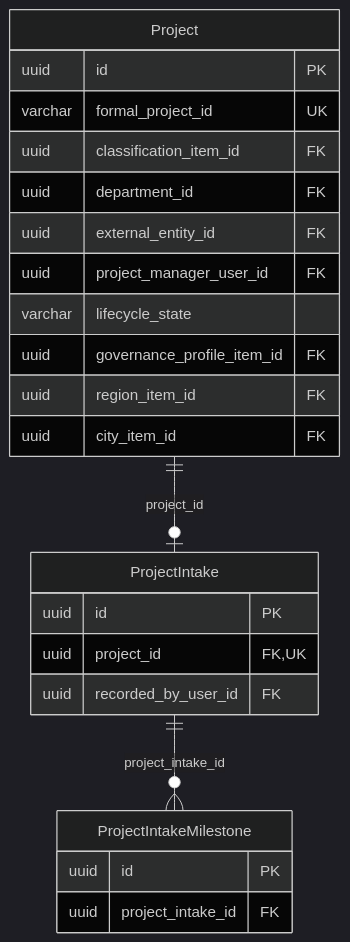
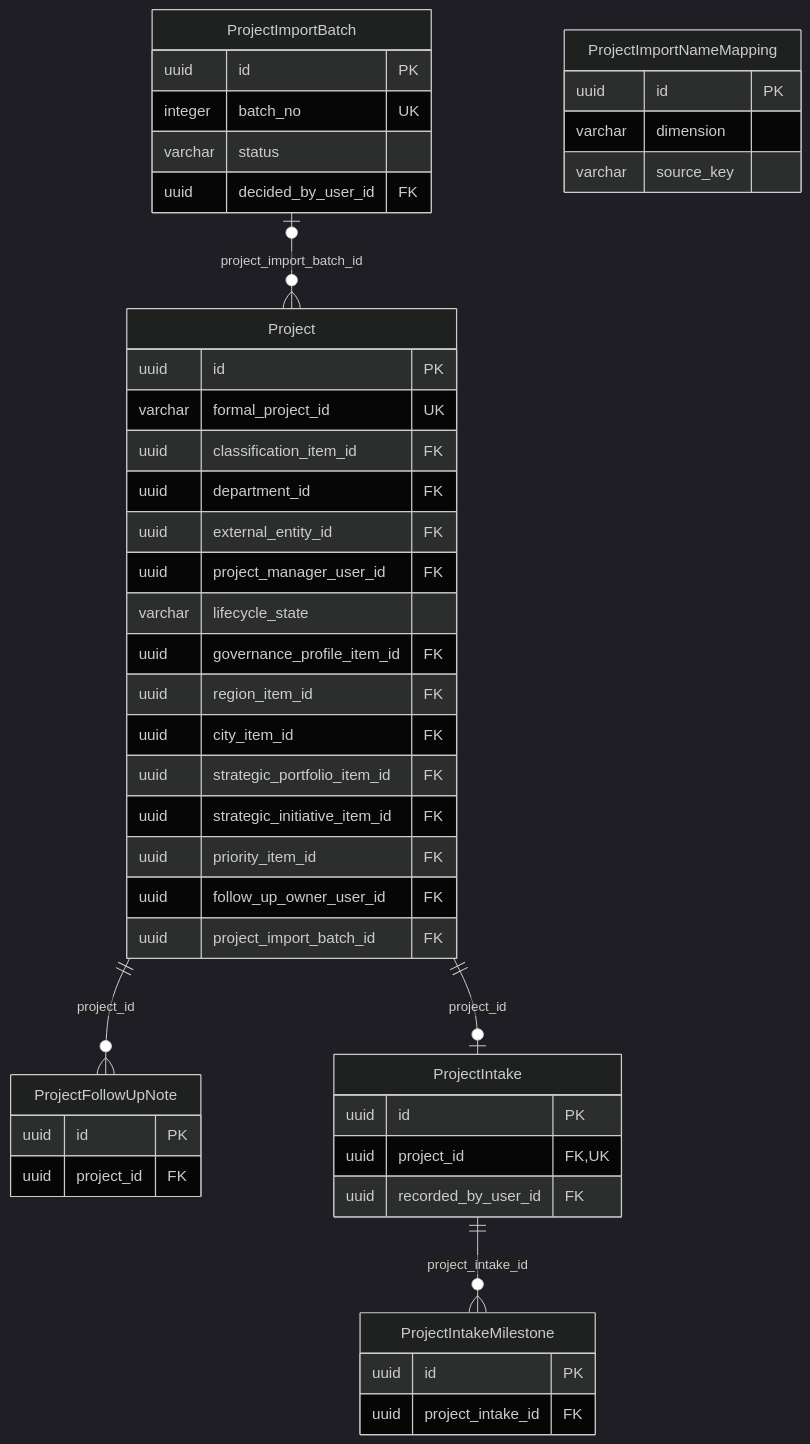
The fourth of 22 diagrams in docs/architecture/erd.md (baderalhindi/ImplementW), drawn with Mermaid (dark theme) before and after one commit. The commit also changed other lines of this file and 96 other files, not shown here.

First line of the commit message:
feat: RPMO strategy classification, project follow-up and approved import batches (backend)

````diff
--- a/docs/architecture/erd.md
+++ b/docs/architecture/erd.md
@@ -411,26 +411,48 @@
 ```mermaid
 erDiagram
     Project {
         uuid id PK
         varchar formal_project_id UK
         uuid classification_item_id FK
         uuid department_id FK
         uuid external_entity_id FK
         uuid project_manager_user_id FK
         varchar lifecycle_state
         uuid governance_profile_item_id FK
         uuid region_item_id FK
         uuid city_item_id FK
+        uuid strategic_portfolio_item_id FK
+        uuid strategic_initiative_item_id FK
+        uuid priority_item_id FK
+        uuid follow_up_owner_user_id FK
+        uuid project_import_batch_id FK
+    }
+    ProjectFollowUpNote {
+        uuid id PK
+        uuid project_id FK
+    }
+    ProjectImportBatch {
+        uuid id PK
+        integer batch_no UK
+        varchar status
+        uuid decided_by_user_id FK
+    }
+    ProjectImportNameMapping {
+        uuid id PK
+        varchar dimension
+        varchar source_key
     }
     ProjectIntake {
         uuid id PK
         uuid project_id FK, UK
         uuid recorded_by_user_id FK
     }
     ProjectIntakeMilestone {
         uuid id PK
         uuid project_intake_id FK
     }
     Project ||--o| ProjectIntake : "project_id"
     ProjectIntake ||--o{ ProjectIntakeMilestone : "project_intake_id"
+    Project ||--o{ ProjectFollowUpNote : "project_id"
+    ProjectImportBatch |o--o{ Project : "project_import_batch_id"
 ```
````
